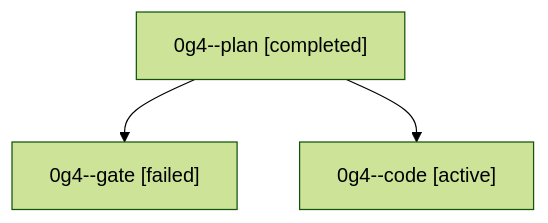
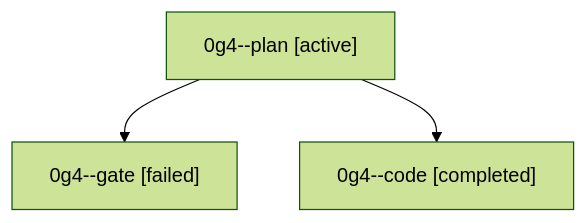
Before and after one commit to bobs-org/bob-cli--agents: the diagram in families/bbugyi200.athena.0g4.md, drawn with Mermaid (forest theme). The commit also changed other lines of this file and 1279 other files, not shown here.

````diff
--- a/families/bbugyi200.athena.0g4.md
+++ b/families/bbugyi200.athena.0g4.md
@@ -9,8 +9,8 @@
 ```mermaid
 flowchart TD
-  n0["0g4--plan [completed]"]
+  n0["0g4--plan [active]"]
   n1["0g4--gate [failed]"]
   n0 --> n1
-  n2["0g4--code [active]"]
+  n2["0g4--code [completed]"]
   n0 --> n2
 ```
````
